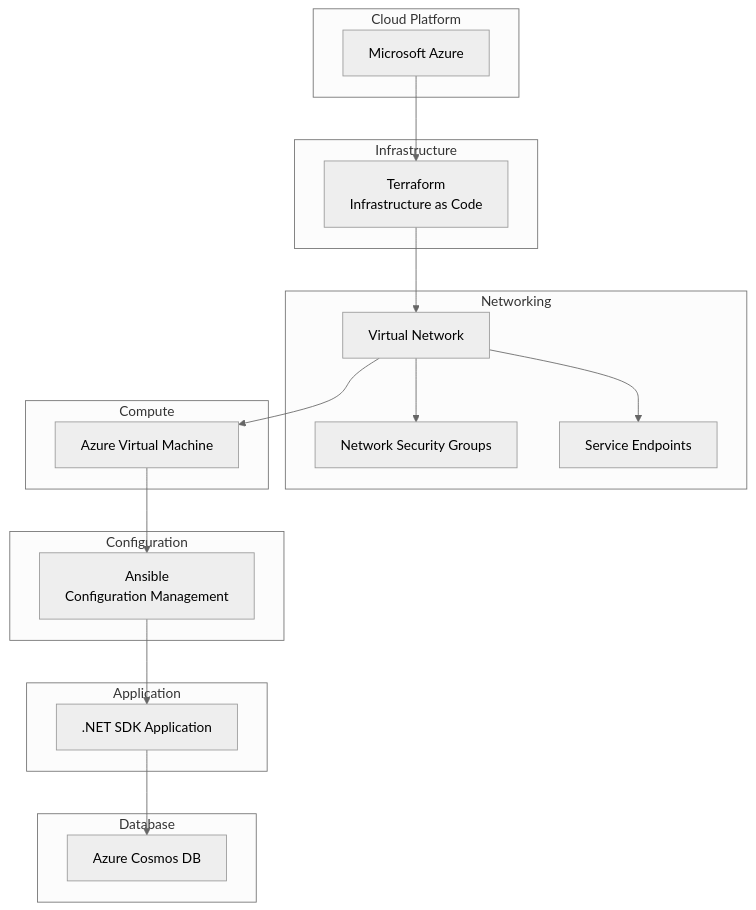
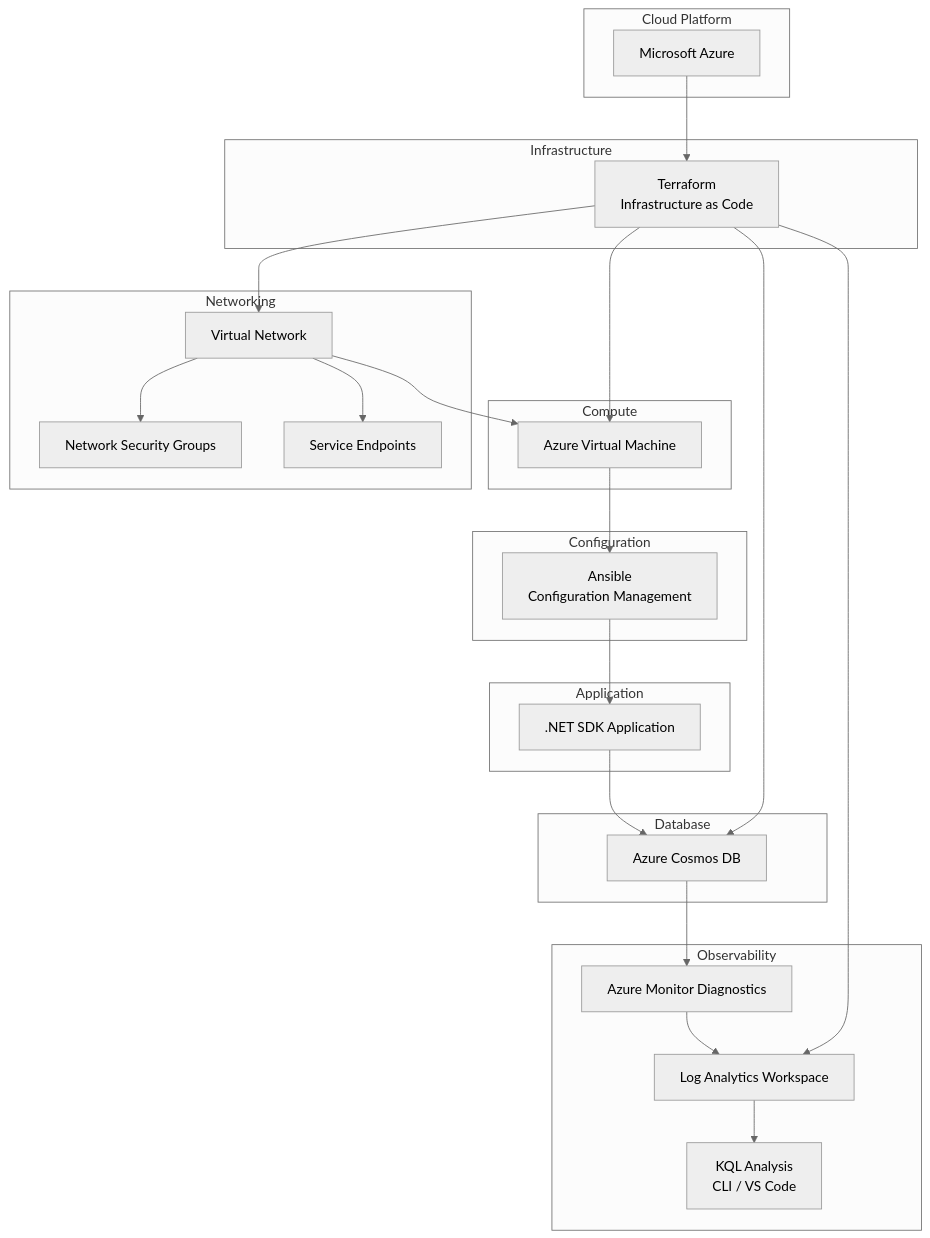
Before and after one commit to hardeymolhar/azure-data-platform: the first of 2 diagrams in README.md, drawn with Mermaid (neutral theme). The commit also changed other lines of this file, not shown here.

Commit message:
Updating README.md to include the addition of log analytics and monitoring

````diff
--- a/README.md
+++ b/README.md
@@ -29,45 +23,59 @@
 ```mermaid
 
 flowchart TD
 
 subgraph Cloud Platform
 A[Microsoft Azure]
 end
 
 subgraph Infrastructure
 B[Terraform<br>Infrastructure as Code]
 end
 
 subgraph Networking
 C[Virtual Network]
 D[Network Security Groups]
 E[Service Endpoints]
 end
 
 subgraph Compute
 F[Azure Virtual Machine]
 end
 
 subgraph Configuration
 G[Ansible<br>Configuration Management]
 end
 
 subgraph Application
 H[.NET SDK Application]
 end
 
 subgraph Database
 I[Azure Cosmos DB]
 end
 
+subgraph Observability
+J[Azure Monitor Diagnostics]
+K[Log Analytics Workspace]
+L[KQL Analysis<br>CLI / VS Code]
+end
+
 A --> B
+
 B --> C
+B --> F
+B --> I
+B --> K
+
 C --> D
 C --> E
 C --> F
 
 F --> G
 G --> H
 H --> I
 
+I --> J
+J --> K
+K --> L
 ```
````
